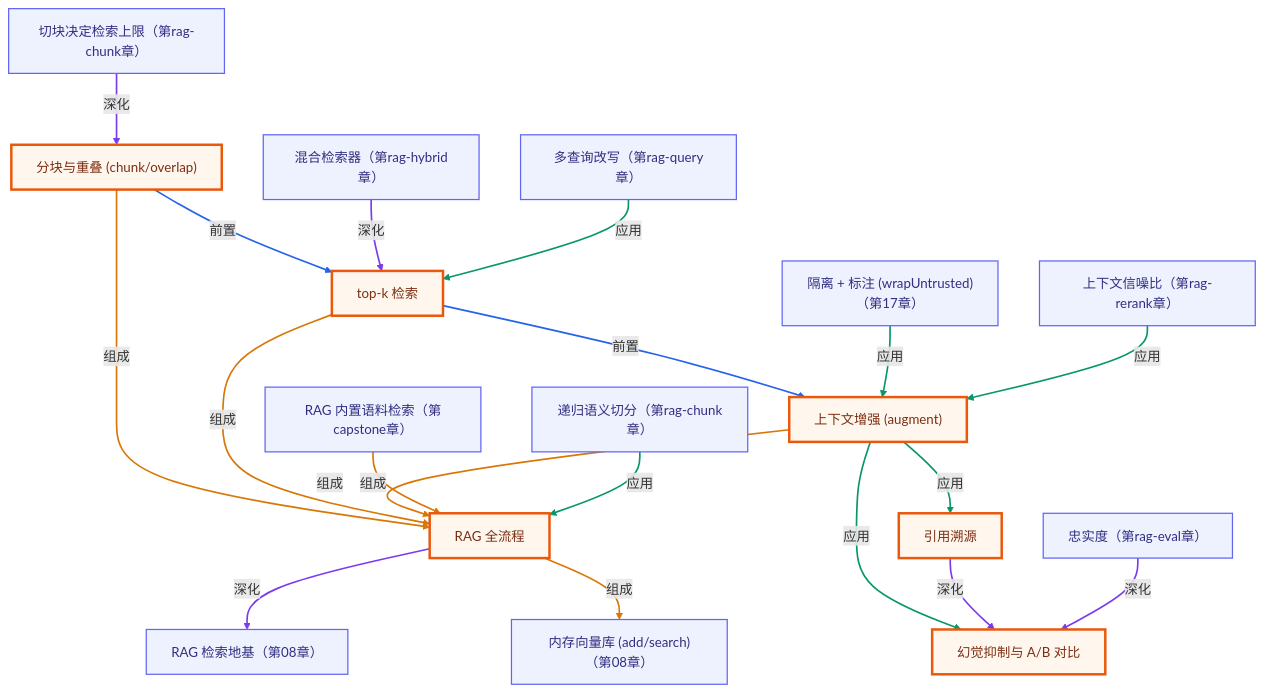
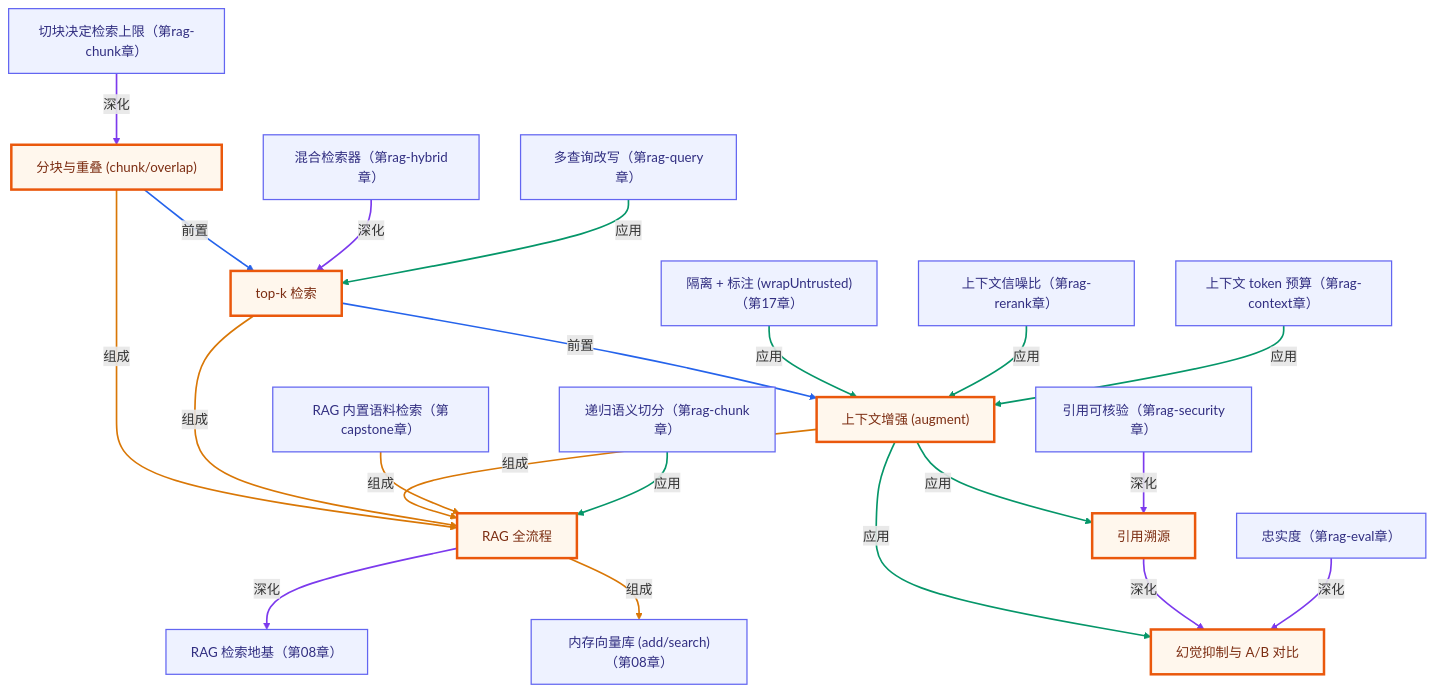
One commit to songuu/agent changed the second of 2 diagrams in lessons/09-rag-from-scratch/README.md. Above: the diagram before and after it, drawn with Mermaid. The commit also changed other lines of this file and 22 other files, not shown here.

First line of the commit message:
Update knowledge graph and plans for RAG security and indexing enhancements

````diff
--- a/lessons/09-rag-from-scratch/README.md
+++ b/lessons/09-rag-from-scratch/README.md
@@ -213,59 +213,65 @@
 ```mermaid
 graph TB
   classDef own fill:#fff7ed,stroke:#ea580c,stroke-width:3px,color:#7c2d12;
   classDef cross fill:#eef2ff,stroke:#6366f1,stroke-width:1.5px,color:#312e81;
   n_c09_rag_pipeline["RAG 全流程"]
   n_c09_chunk_overlap["分块与重叠 (chunk/overlap)"]
   n_c09_topk_retrieval["top-k 检索"]
   n_c09_augment_prompt["上下文增强 (augment)"]
   n_c09_citation["引用溯源"]
   n_c09_hallucination_reduction["幻觉抑制与 A/B 对比"]
   n_c08_rag_foundation["RAG 检索地基（第08章）"]
   n_c08_vector_store["内存向量库 (add/search)（第08章）"]
   n_c17_isolate_and_label["隔离 + 标注 (wrapUntrusted)（第17章）"]
   n_ccapstone_rag_corpus["RAG 内置语料检索（第capstone章）"]
   n_cragchunk_why_matters["切块决定检索上限（第rag-chunk章）"]
   n_cragchunk_recursive["递归语义切分（第rag-chunk章）"]
   n_craghybrid_retriever["混合检索器（第rag-hybrid章）"]
   n_cragrerank_signal_to_noise["上下文信噪比（第rag-rerank章）"]
   n_cragquery_multi_query["多查询改写（第rag-query章）"]
   n_crageval_faithfulness["忠实度（第rag-eval章）"]
+  n_cragsec_citation_verification["引用可核验（第rag-security章）"]
+  n_cragctx_context_budget["上下文 token 预算（第rag-context章）"]
   n_c09_chunk_overlap -->|组成| n_c09_rag_pipeline
   n_c09_topk_retrieval -->|组成| n_c09_rag_pipeline
   n_c09_augment_prompt -->|组成| n_c09_rag_pipeline
   n_c09_chunk_overlap -->|前置| n_c09_topk_retrieval
   n_c09_topk_retrieval -->|前置| n_c09_augment_prompt
   n_c09_augment_prompt -->|应用| n_c09_citation
   n_c09_augment_prompt -->|应用| n_c09_hallucination_reduction
   n_c09_citation -->|深化| n_c09_hallucination_reduction
   n_c09_rag_pipeline -->|深化| n_c08_rag_foundation
   n_c09_rag_pipeline -->|组成| n_c08_vector_store
   n_c17_isolate_and_label -->|应用| n_c09_augment_prompt
   n_ccapstone_rag_corpus -->|组成| n_c09_rag_pipeline
   n_cragchunk_why_matters -->|深化| n_c09_chunk_overlap
   n_cragchunk_recursive -->|应用| n_c09_rag_pipeline
   n_craghybrid_retriever -->|深化| n_c09_topk_retrieval
   n_cragrerank_signal_to_noise -->|应用| n_c09_augment_prompt
   n_cragquery_multi_query -->|应用| n_c09_topk_retrieval
   n_crageval_faithfulness -->|深化| n_c09_hallucination_reduction
+  n_cragsec_citation_verification -->|深化| n_c09_citation
+  n_cragctx_context_budget -->|应用| n_c09_augment_prompt
   class n_c09_rag_pipeline,n_c09_chunk_overlap,n_c09_topk_retrieval,n_c09_augment_prompt,n_c09_citation,n_c09_hallucination_reduction own;
-  class n_c08_rag_foundation,n_c08_vector_store,n_c17_isolate_and_label,n_ccapstone_rag_corpus,n_cragchunk_why_matters,n_cragchunk_recursive,n_craghybrid_retriever,n_cragrerank_signal_to_noise,n_cragquery_multi_query,n_crageval_faithfulness cross;
+  class n_c08_rag_foundation,n_c08_vector_store,n_c17_isolate_and_label,n_ccapstone_rag_corpus,n_cragchunk_why_matters,n_cragchunk_recursive,n_craghybrid_retriever,n_cragrerank_signal_to_noise,n_cragquery_multi_query,n_crageval_faithfulness,n_cragsec_citation_verification,n_cragctx_context_budget cross;
   linkStyle 0 stroke:#d97706,stroke-width:2px;
   linkStyle 1 stroke:#d97706,stroke-width:2px;
   linkStyle 2 stroke:#d97706,stroke-width:2px;
   linkStyle 3 stroke:#2563eb,stroke-width:2px;
   linkStyle 4 stroke:#2563eb,stroke-width:2px;
   linkStyle 5 stroke:#059669,stroke-width:2px;
   linkStyle 6 stroke:#059669,stroke-width:2px;
   linkStyle 7 stroke:#7c3aed,stroke-width:2px;
   linkStyle 8 stroke:#7c3aed,stroke-width:2px;
   linkStyle 9 stroke:#d97706,stroke-width:2px;
   linkStyle 10 stroke:#059669,stroke-width:2px;
   linkStyle 11 stroke:#d97706,stroke-width:2px;
   linkStyle 12 stroke:#7c3aed,stroke-width:2px;
   linkStyle 13 stroke:#059669,stroke-width:2px;
   linkStyle 14 stroke:#7c3aed,stroke-width:2px;
   linkStyle 15 stroke:#059669,stroke-width:2px;
   linkStyle 16 stroke:#059669,stroke-width:2px;
   linkStyle 17 stroke:#7c3aed,stroke-width:2px;
+  linkStyle 18 stroke:#7c3aed,stroke-width:2px;
+  linkStyle 19 stroke:#059669,stroke-width:2px;
 ```
````
